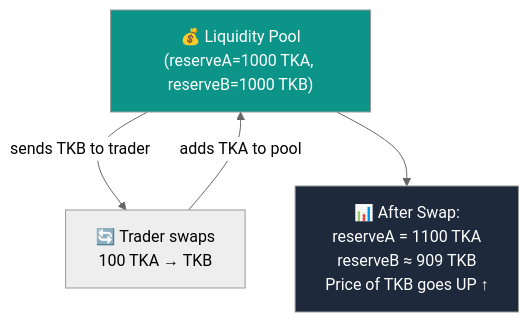
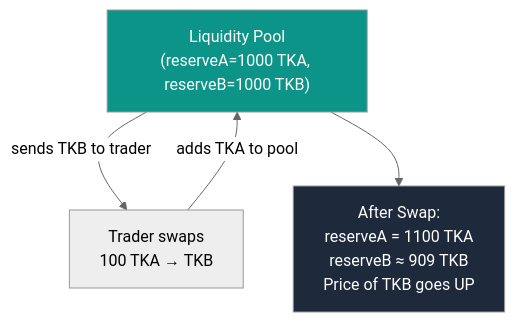
Before and after one commit to sohansarkar07/simple-dex-swap-liquidity-: the fifth of 8 diagrams in README.md, drawn with Mermaid (neutral theme). The commit also changed other lines of this file, not shown here.

````diff
--- a/README.md
+++ b/README.md
@@ -164,12 +164,12 @@
 ```mermaid
 graph TD
-    LP["💰 Liquidity Pool\n(reserveA=1000 TKA, reserveB=1000 TKB)"]
+    LP["Liquidity Pool\n(reserveA=1000 TKA, reserveB=1000 TKB)"]
 
-    T1["🔄 Trader swaps\n100 TKA → TKB"] -->|"adds TKA to pool"| LP
+    T1["Trader swaps\n100 TKA → TKB"] -->|"adds TKA to pool"| LP
     LP -->|"sends TKB to trader"| T1
 
-    LP --> F["📊 After Swap:\nreserveA = 1100 TKA\nreserveB ≈ 909 TKB\nPrice of TKB goes UP ↑"]
+    LP --> F["After Swap:\nreserveA = 1100 TKA\nreserveB ≈ 909 TKB\nPrice of TKB goes UP"]
 
     style LP fill:#0d9488,color:#fff
     style F fill:#1e293b,color:#fff
 ```
````
